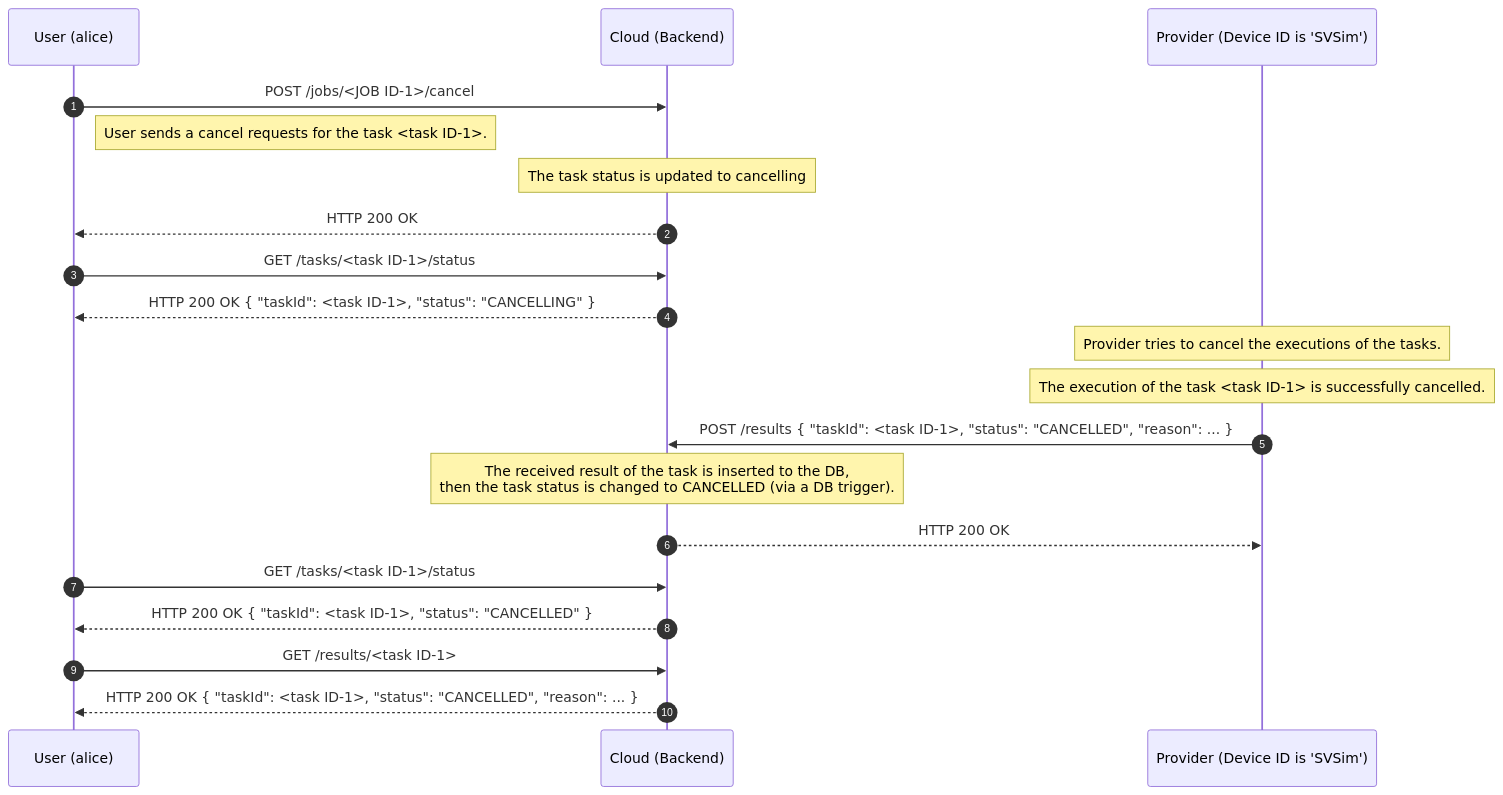
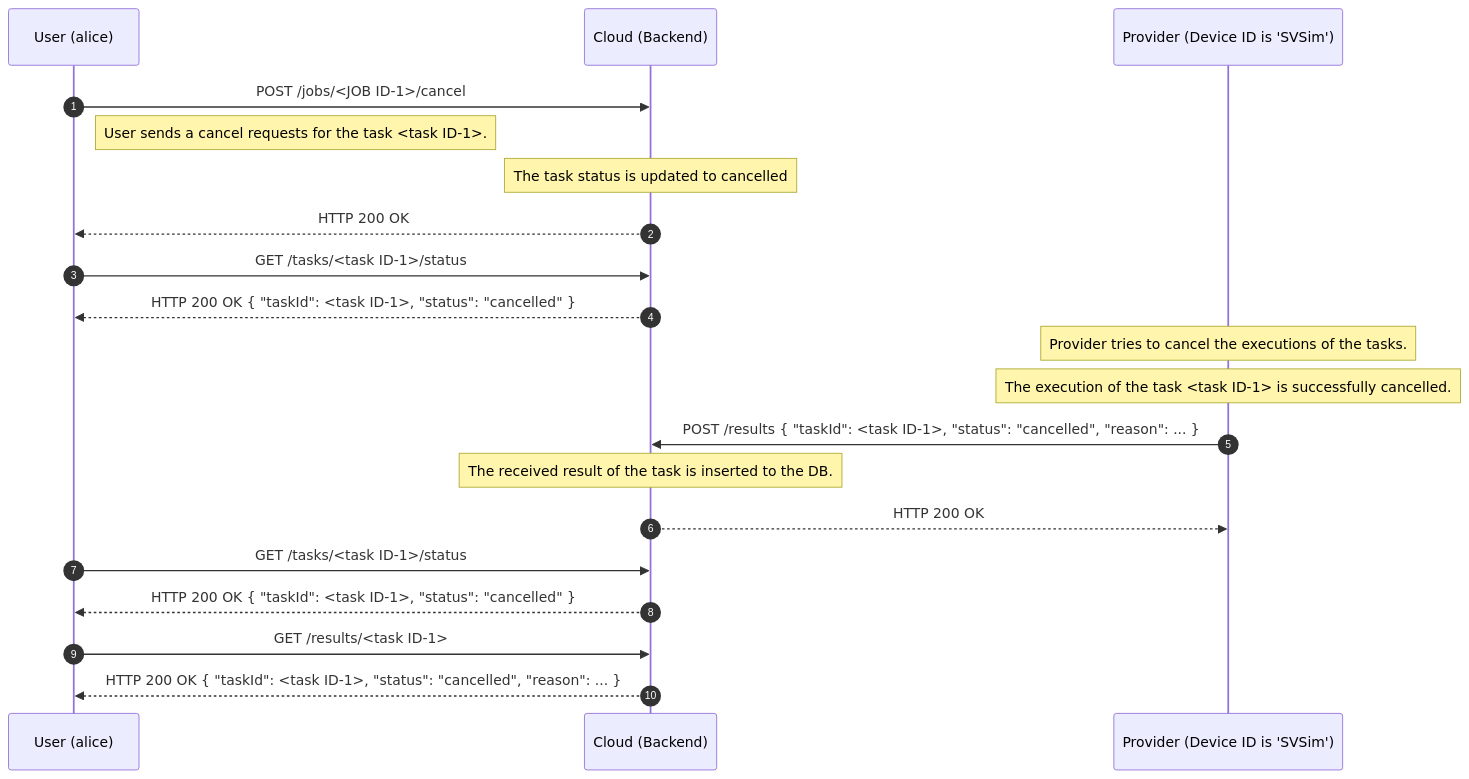
One commit to oqtopus-team/oqtopus-cloud changed the third of 3 diagrams in docs/en/architecture/sequence_diagram.md. Above: the diagram before and after it, drawn with Mermaid. The commit also changed other lines of this file and 37 other files, not shown here.

````diff
--- a/docs/en/architecture/sequence_diagram.md
+++ b/docs/en/architecture/sequence_diagram.md
@@ -138,28 +151,28 @@
 ```mermaid
 sequenceDiagram
     autonumber
     participant User as User (alice)
     participant Cloud as Cloud (Backend)
     participant Provider as Provider (Device ID is 'SVSim')
 
     User->>Cloud: POST /jobs/<JOB ID-1>/cancel
     Note right of User: User sends a cancel requests for the task <task ID-1>.
-    Note over Cloud: The task status is updated to cancelling
+    Note over Cloud: The task status is updated to cancelled
     Cloud-->>User: HTTP 200 OK
 
     User->>Cloud: GET /tasks/<task ID-1>/status
-    Cloud-->>User: HTTP 200 OK { "taskId": <task ID-1>, "status": "CANCELLING" }
+    Cloud-->>User: HTTP 200 OK { "taskId": <task ID-1>, "status": "cancelled" }
 
     Note over Provider: Provider tries to cancel the executions of the tasks.
     Note over Provider: The execution of the task <task ID-1> is successfully cancelled.
-    Provider->>Cloud: POST /results { "taskId": <task ID-1>, "status": "CANCELLED", "reason": ... }
+    Provider->>Cloud: POST /results { "taskId": <task ID-1>, "status": "cancelled", "reason": ... }
 
-    Note over Cloud: The received result of the task is inserted to the DB,<br> then the task status is changed to CANCELLED (via a DB trigger).
+    Note over Cloud: The received result of the task is inserted to the DB.
     Cloud-->>Provider: HTTP 200 OK
 
     User->>Cloud: GET /tasks/<task ID-1>/status
-    Cloud-->>User: HTTP 200 OK { "taskId": <task ID-1>, "status": "CANCELLED" }
+    Cloud-->>User: HTTP 200 OK { "taskId": <task ID-1>, "status": "cancelled" }
 
     User->>Cloud: GET /results/<task ID-1>
-    Cloud-->>User: HTTP 200 OK { "taskId": <task ID-1>, "status": "CANCELLED", "reason": ... }
+    Cloud-->>User: HTTP 200 OK { "taskId": <task ID-1>, "status": "cancelled", "reason": ... }
 ```
````
